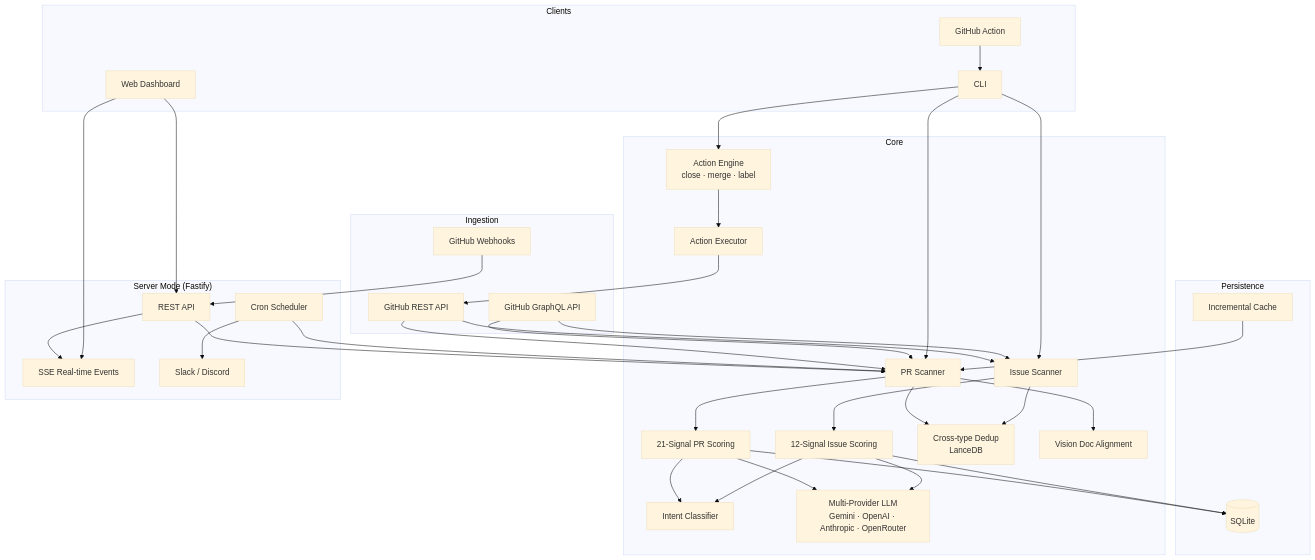
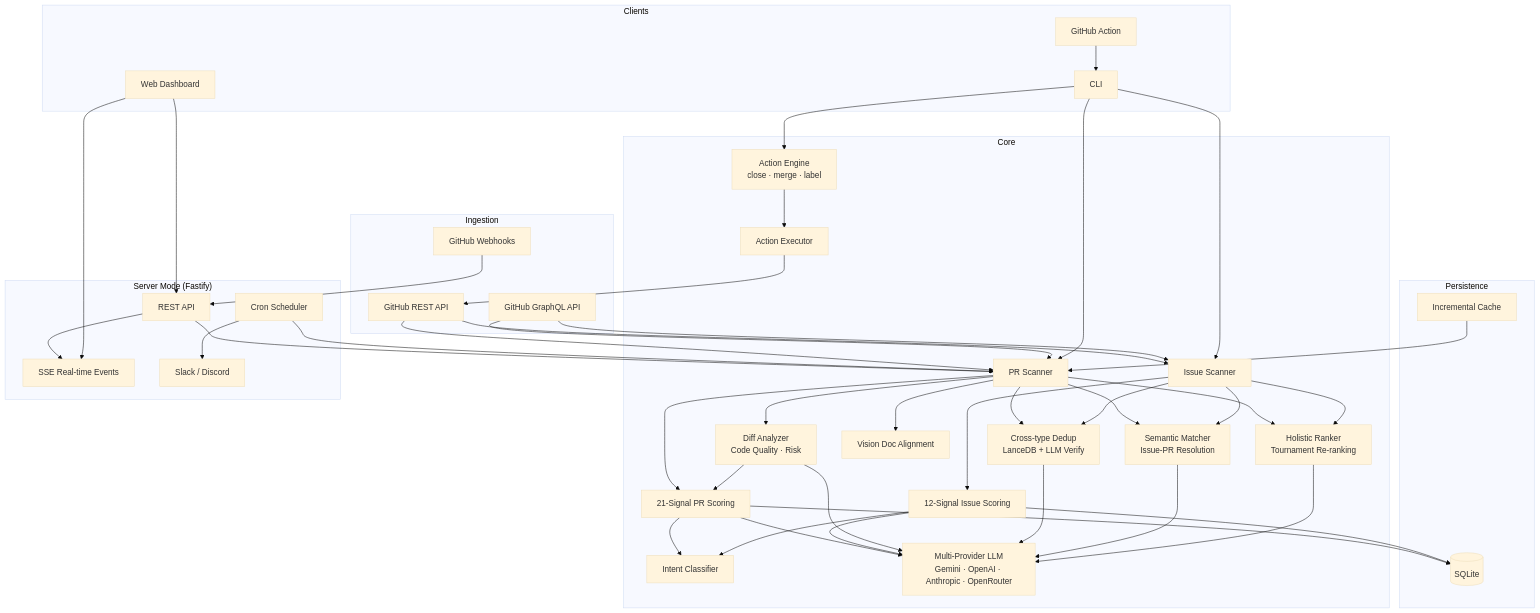
The diagram in README.md (mahsumaktas/treliq), drawn with Mermaid (base theme) before and after one commit. The commit also changed other lines of this file, not shown here.

````diff
--- a/README.md
+++ b/README.md
@@ -252,63 +258,74 @@
 ```mermaid
 graph TB
     subgraph Ingestion
         GH_REST[GitHub REST API]
         GH_GQL[GitHub GraphQL API]
         WH[GitHub Webhooks]
     end
 
     subgraph Core
         Scanner[PR Scanner]
         IScan[Issue Scanner]
         Scoring[21-Signal PR Scoring]
         IScore[12-Signal Issue Scoring]
         Intent[Intent Classifier]
         LLM[Multi-Provider LLM<br/>Gemini · OpenAI · Anthropic · OpenRouter]
-        Dedup[Cross-type Dedup<br/>LanceDB]
+        Diff[Diff Analyzer<br/>Code Quality · Risk]
+        Dedup[Cross-type Dedup<br/>LanceDB + LLM Verify]
         Vision[Vision Doc Alignment]
+        Semantic[Semantic Matcher<br/>Issue-PR Resolution]
+        Holistic[Holistic Ranker<br/>Tournament Re-ranking]
         Actions[Action Engine<br/>close · merge · label]
         Executor[Action Executor]
     end
 
     subgraph Persistence
         SQLite[(SQLite)]
         Cache[Incremental Cache]
     end
 
     subgraph Server["Server Mode (Fastify)"]
         REST[REST API]
         SSE[SSE Real-time Events]
         Scheduler[Cron Scheduler]
         Notif[Slack / Discord]
     end
 
     subgraph Clients
         CLI[CLI]
         Dashboard[Web Dashboard]
         Action[GitHub Action]
     end
 
     GH_REST & GH_GQL --> Scanner
     GH_REST & GH_GQL --> IScan
     WH --> REST
     Scanner --> Scoring
     IScan --> IScore
     Scoring --> Intent
     IScore --> Intent
     Scoring --> LLM
     IScore --> LLM
+    Scanner --> Diff
+    Diff --> LLM
+    Diff --> Scoring
     Scanner & IScan --> Dedup
+    Dedup --> LLM
     Scanner --> Vision
+    Semantic --> LLM
+    Scanner & IScan --> Semantic
+    Scanner & IScan --> Holistic
+    Holistic --> LLM
     Scoring & IScore --> SQLite
     Actions --> Executor
     Executor --> GH_REST
     Cache --> Scanner
     REST --> Scanner
     REST --> SSE
     Scheduler --> Scanner
     Scheduler --> Notif
     CLI --> Scanner & IScan & Actions
     Dashboard --> REST
     Dashboard --> SSE
     Action --> CLI
 ```
````
